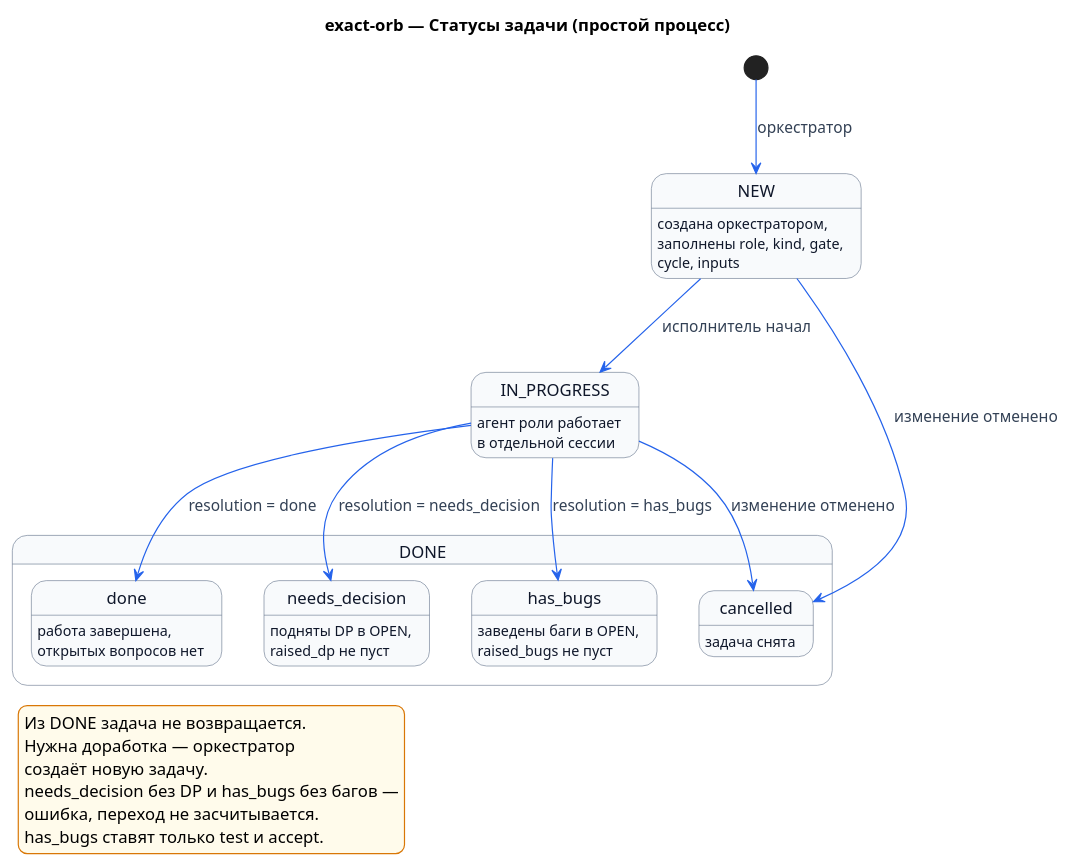
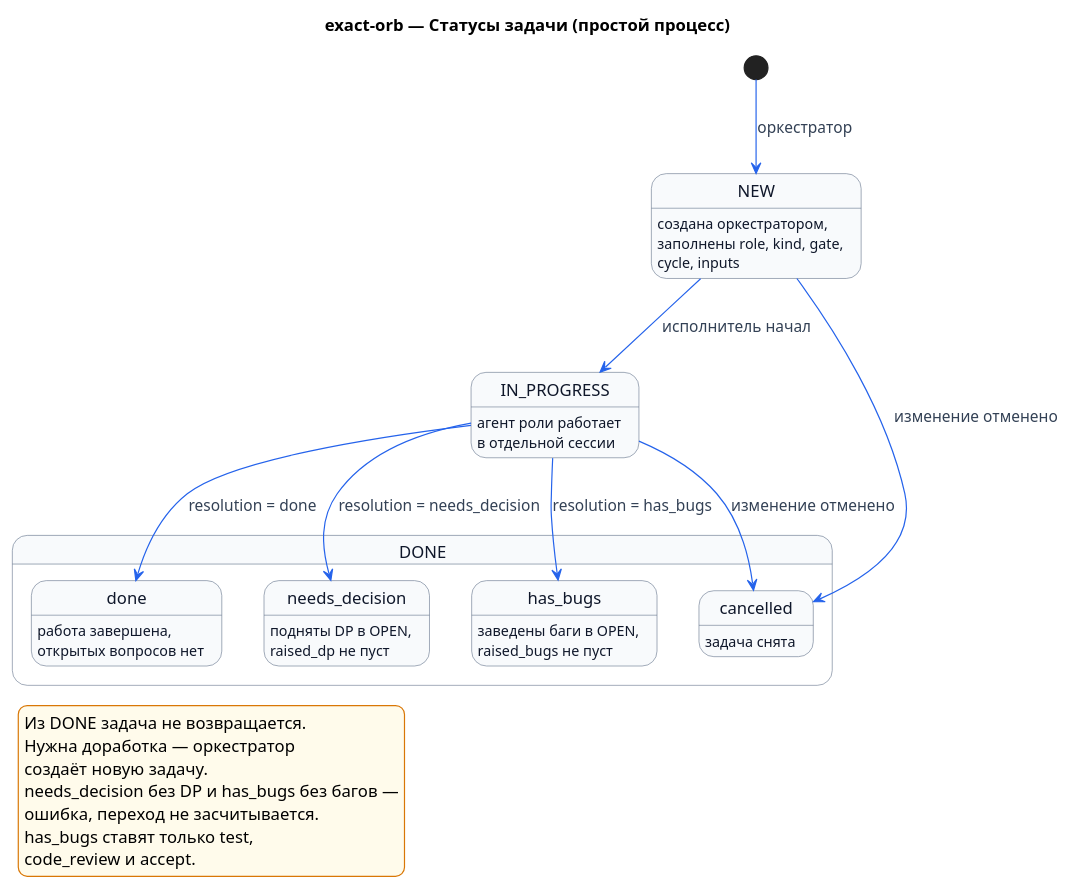
Before and after one commit to ksenia-baranova/exact-orb-demo: the diagram in docs/development_approach/process/process_diagram/003-task-states.puml, drawn with PlantUML. The commit also changed 28 other files, not shown here.

Commit message:
docs: update architecture diagrams, overview, and scenarios

```diff
--- a/docs/development_approach/process/process_diagram/003-task-states.puml
+++ b/docs/development_approach/process/process_diagram/003-task-states.puml
@@ -1,48 +1,49 @@
 @startuml
 title exact-orb — Статусы задачи (простой процесс)
 
 ' Источник: «Процесс работы над изменением v2», раздел «Задача (Task)».
 ' Задачу создаёт оркестратор, статус и резолюцию меняет только исполнитель.
 ' Резолюция ставится только вместе с DONE и говорит оркестратору, куда идти дальше.
 
 hide empty description
 skinparam shadowing false
 skinparam state {
     BackgroundColor #F8FAFC
     BorderColor #64748B
     FontColor #0F172A
     ArrowColor #2563EB
     ArrowFontColor #334155
 }
 skinparam legend {
     BackgroundColor #FFFBEB
     BorderColor #D97706
 }
 
 state NEW : создана оркестратором,\nзаполнены role, kind, gate,\ncycle, inputs
 state IN_PROGRESS : агент роли работает\nв отдельной сессии
 state DONE {
     state "done" as R_DONE : работа завершена,\nоткрытых вопросов нет
     state "needs_decision" as R_DEC : подняты DP в OPEN,\nraised_dp не пуст
     state "has_bugs" as R_BUG : заведены баги в OPEN,\nraised_bugs не пуст
     state "cancelled" as R_CAN : задача снята
 }
 
 [*] --> NEW : оркестратор
 NEW --> IN_PROGRESS : исполнитель начал
 IN_PROGRESS --> R_DONE : resolution = done
 IN_PROGRESS --> R_DEC : resolution = needs_decision
 IN_PROGRESS --> R_BUG : resolution = has_bugs
 NEW --> R_CAN : изменение отменено
 IN_PROGRESS --> R_CAN : изменение отменено
 
 legend bottom left
   Из DONE задача не возвращается.
   Нужна доработка — оркестратор
   создаёт новую задачу.
   needs_decision без DP и has_bugs без багов —
   ошибка, переход не засчитывается.
-  has_bugs ставят только test и accept.
+  has_bugs ставят только test,
+  code_review и accept.
 endlegend
 
 @enduml
```
